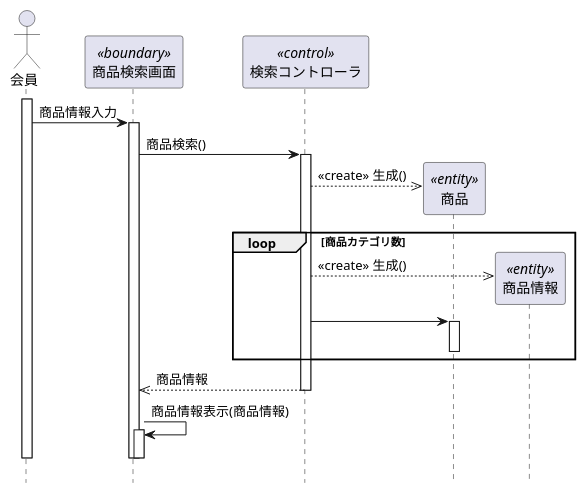
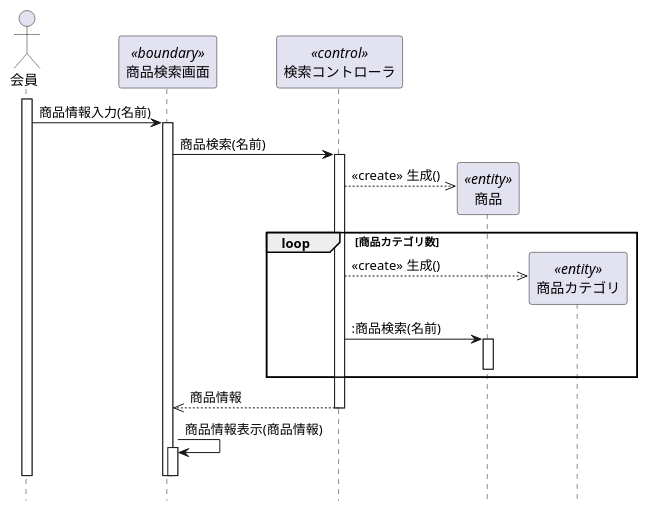
The diagram in 演習４/演習4-5_SD_商品情報検索.pu (Kuya0307/unl-introduction), drawn with PlantUML before and after one commit. The commit also changed 2 other files, not shown here.

```diff
--- a/演習４/演習4-5_SD_商品情報検索.pu
+++ b/演習４/演習4-5_SD_商品情報検索.pu
@@ -1,29 +1,29 @@
 @startuml
 hide footbox
 actor 会員 as user
 participant "商品検索画面" as ser << boundary >>
 participant "検索コントローラ" as  con<< control >>
 participant "商品" as goods<< entity >>
-participant "商品情報" as data << entity >>
+participant "商品カテゴリ" as data << entity >>
 activate user
-    user -> ser :商品情報入力
+    user -> ser :商品情報入力(名前)
     activate ser
-        ser -> con :商品検索()
+        ser -> con :商品検索(名前)
         activate con
             create goods
             con --->> goods :<< create >> 生成()
             loop 商品カテゴリ数
             create data
             con --->> data : << create >> 生成()
-            con -> goods
+            con -> goods::商品検索(名前)
             activate goods
             deactivate goods
             end loop
             ser <<--- con :商品情報
         deactivate con
         ser -> ser :商品情報表示(商品情報)
         activate ser
         deactivate ser
     deactivate ser
 deactivate user
 @enduml
```
